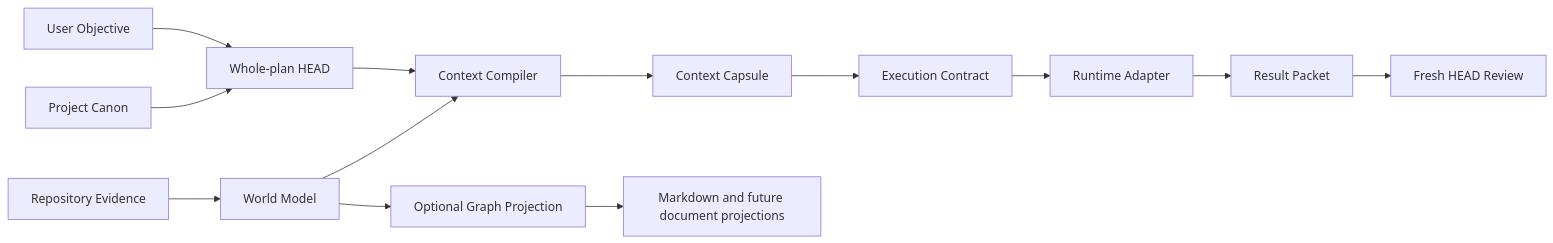
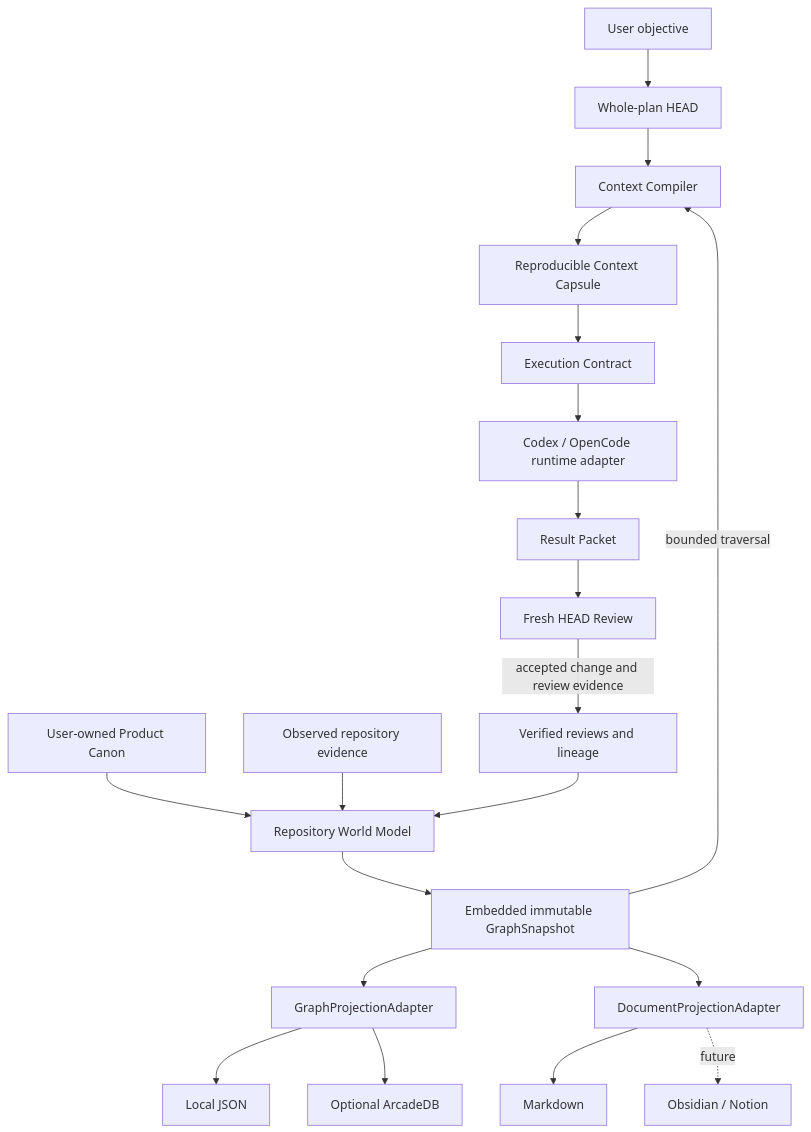
The diagram in README.md (binary1215/head-agent-plugin), drawn with Mermaid before and after one commit. The commit also changed other lines of this file, not shown here.

Commit message:
docs: unify README graph architecture

````diff
--- a/README.md
+++ b/README.md
@@ -376,15 +58,24 @@
 ```mermaid
-flowchart LR
-    U[User Objective] --> H[Whole-plan HEAD]
-    P[Project Canon] --> H
-    S[Repository Evidence] --> W[World Model]
-    W --> C[Context Compiler]
-    H --> C
-    C --> X[Context Capsule]
-    X --> E[Execution Contract]
-    E --> A[Runtime Adapter]
-    A --> R[Result Packet]
-    R --> F[Fresh HEAD Review]
-    W --> G[Optional Graph Projection]
-    G --> D[Markdown and future document projections]
+flowchart TB
+    U[User objective] --> H[Whole-plan HEAD]
+    PC[User-owned Product Canon] --> WM[Repository World Model]
+    RE[Observed repository evidence] --> WM
+    VR[Verified reviews and lineage] --> WM
+
+    WM --> GS[Embedded immutable GraphSnapshot]
+    H --> CC[Context Compiler]
+    GS -->|bounded traversal| CC
+    CC --> CAP[Reproducible Context Capsule]
+    CAP --> EC[Execution Contract]
+    EC --> RA[Codex / OpenCode runtime adapter]
+    RA --> RP[Result Packet]
+    RP --> FR[Fresh HEAD Review]
+    FR -->|accepted change and review evidence| VR
+
+    GS --> GP[GraphProjectionAdapter]
+    GP --> LJ[Local JSON]
+    GP --> ADB[Optional ArcadeDB]
+    GS --> DP[DocumentProjectionAdapter]
+    DP --> MD[Markdown]
+    DP -. future .-> ON[Obsidian / Notion]
 ```
````
